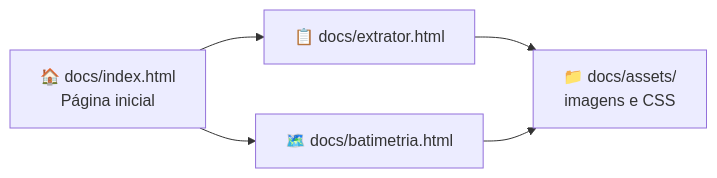
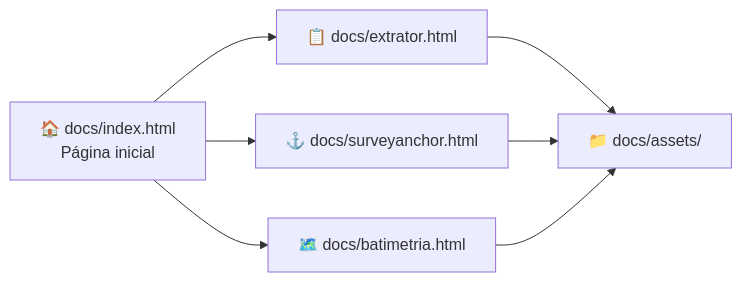
The first of 2 diagrams in README.md (AndressaLF/ggemma_projects), drawn with Mermaid before and after one commit. The commit also changed other lines of this file and 7 other files, not shown here.

````diff
--- a/README.md
+++ b/README.md
@@ -124,7 +179,9 @@
 ```mermaid
 flowchart LR
   A["🏠 docs/index.html<br/>Página inicial"] --> B["📋 docs/extrator.html"]
+  A --> S["⚓ docs/surveyanchor.html"]
   A --> C["🗺️ docs/batimetria.html"]
-  B --> D["📁 docs/assets/<br/>imagens e CSS"]
+  B --> D["📁 docs/assets/"]
+  S --> D
   C --> D
 ```
````
